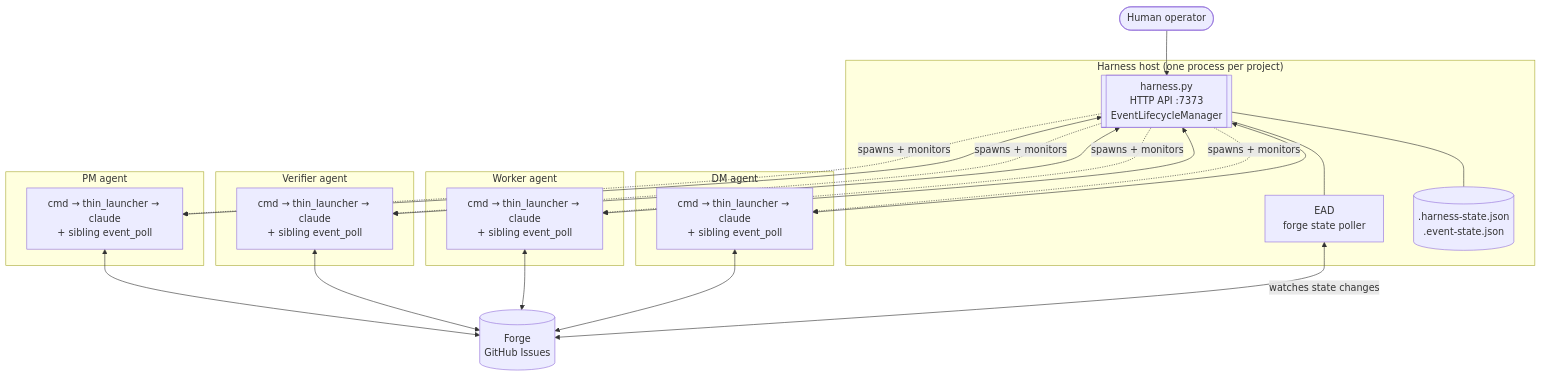
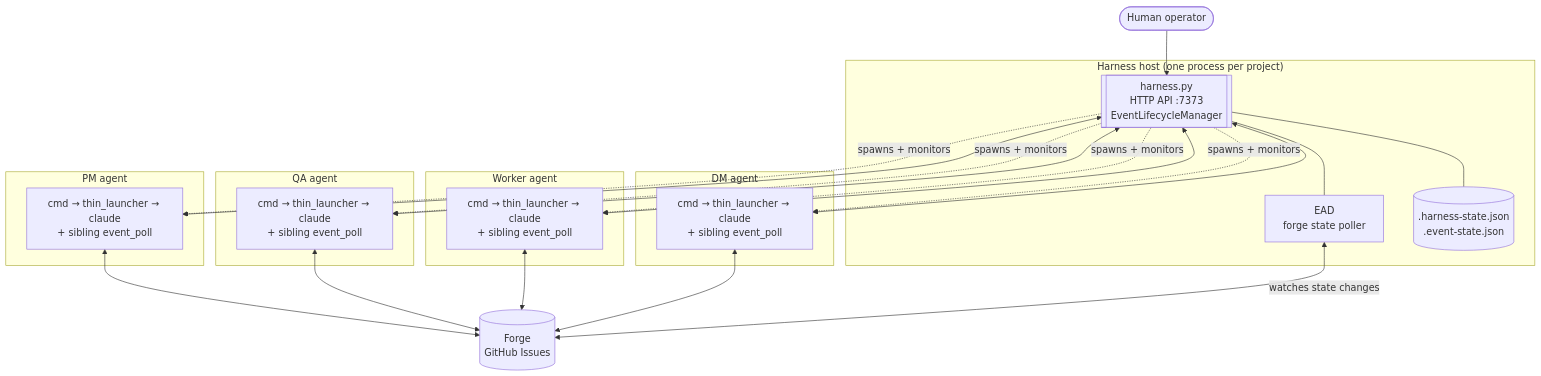
One commit to WallyDoodlez/SquidSquad changed the second of 16 diagrams in docs/AGENT-RUNTIME.md. Above: the diagram before and after it, drawn with Mermaid. The commit also changed other lines of this file and 6 other files, not shown here.

````diff
--- a/docs/AGENT-RUNTIME.md
+++ b/docs/AGENT-RUNTIME.md
@@ -98,48 +98,48 @@
 ```mermaid
 flowchart TB
     Operator(["Human operator"])
     Forge[("Forge<br/>GitHub Issues")]
 
     subgraph harness_box["Harness host (one process per project)"]
         Harness[["harness.py<br/>HTTP API :7373<br/>EventLifecycleManager"]]
         EAD["EAD<br/>forge state poller"]
         StateFiles[(".harness-state.json<br/>.event-state.json")]
         Harness --- EAD
         Harness --- StateFiles
     end
 
     subgraph pm_box["PM agent"]
         PMTree["cmd → thin_launcher → claude<br/>+ sibling event_poll"]
     end
 
-    subgraph verifier_box["Verifier agent"]
-        VerifierTree["cmd → thin_launcher → claude<br/>+ sibling event_poll"]
+    subgraph qa_box["QA agent"]
+        QATree["cmd → thin_launcher → claude<br/>+ sibling event_poll"]
     end
 
     subgraph worker_box["Worker agent"]
         WorkerTree["cmd → thin_launcher → claude<br/>+ sibling event_poll"]
     end
 
     subgraph dm_box["DM agent"]
         DMTree["cmd → thin_launcher → claude<br/>+ sibling event_poll"]
     end
 
     Operator --> Harness
 
     Harness -.->|spawns + monitors| PMTree
-    Harness -.->|spawns + monitors| VerifierTree
+    Harness -.->|spawns + monitors| QATree
     Harness -.->|spawns + monitors| WorkerTree
     Harness -.->|spawns + monitors| DMTree
 
     PMTree <--> Harness
-    VerifierTree <--> Harness
+    QATree <--> Harness
     WorkerTree <--> Harness
     DMTree <--> Harness
 
     PMTree <--> Forge
-    VerifierTree <--> Forge
+    QATree <--> Forge
     WorkerTree <--> Forge
     DMTree <--> Forge
 
     EAD <-->|watches state changes| Forge
 ```
````
